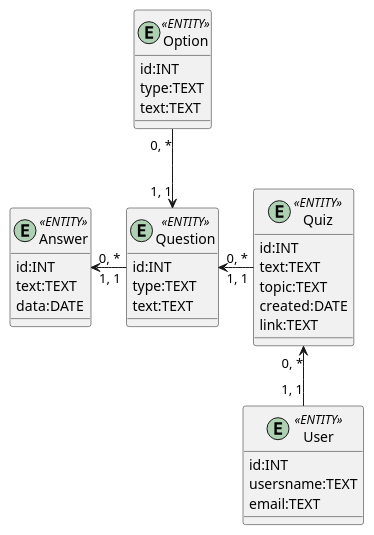
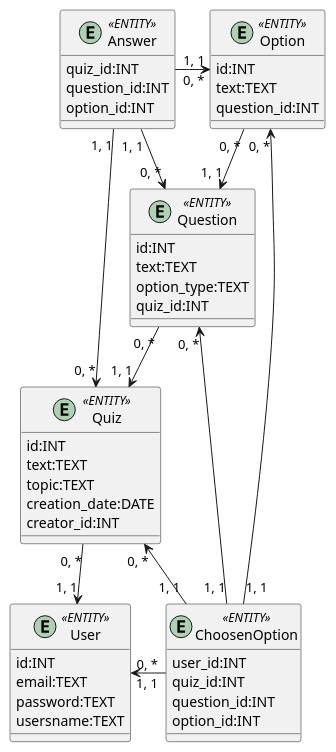
Before and after one commit to goodv1ce/surveys-organization-and-management-system: the second of 2 diagrams in docs/design/README.md, drawn with PlantUML. The commit also changed other lines of this file, not shown here.

Commit message:
[update] changed business objects model, ER model. Added relation model

```diff
--- a/docs/design/README.md
+++ b/docs/design/README.md
@@ -65,39 +85,54 @@
 @startuml
 	entity User <<ENTITY>> {
     id:INT
+    email:TEXT
+    password:TEXT
     usersname:TEXT
-    email:TEXT
   }
   
   
   entity Quiz <<ENTITY>>{
     id:INT
     text:TEXT
     topic:TEXT
-    created:DATE
-    link:TEXT
+    creation_date:DATE
+    creator_id:INT
   }
   
   entity Question <<ENTITY>>{
     id:INT
-    type:TEXT
     text:TEXT
+    option_type:TEXT
+    quiz_id:INT
   }
 
   entity Option <<ENTITY>>{
-	id:INT
-    type:TEXT
-    text:TEXT    
+	  id:INT
+    text:TEXT
+    question_id:INT    
 	}
 
+  entity ChoosenOption <<ENTITY>> {
+      user_id:INT
+      quiz_id:INT
+      question_id:INT
+      option_id:INT
+    }
+
   entity Answer <<ENTITY>> {
-    id:INT
-    text:TEXT
-    data:DATE
+      quiz_id:INT
+      question_id:INT
+      option_id:INT
   }
 
-  Question "1, 1"<-u- "0, *" Option
-  Answer "0, *" <-r- "1, 1" Question
-  Quiz "1, 1" -l-> "0, *" Question
-  Quiz "0, *" <-d- "1, 1" User
+  Quiz "0, *" -d-> "1, 1" User
+  Question "0, *" -d-> "1, 1" Quiz
+  Option "0, *" -d-> "1, 1" Question
+  ChoosenOption "1, 1" -l-> "0, *" User
+  ChoosenOption "1, 1" -l-> "0, *" Quiz
+  ChoosenOption "1, 1" -l-> "0, *" Question
+  ChoosenOption "1, 1" -u-> "0, *" Option
+  Answer "1, 1" -r-> "0, *" Quiz
+  Answer "1, 1" -r-> "0, *" Question
+  Answer "1, 1" -r-> "0, *" Option
 @enduml
```
